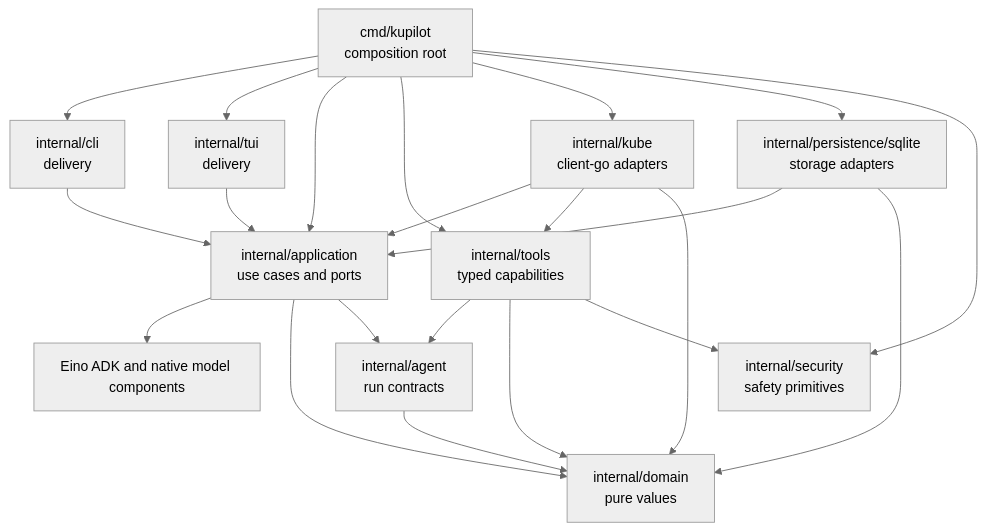
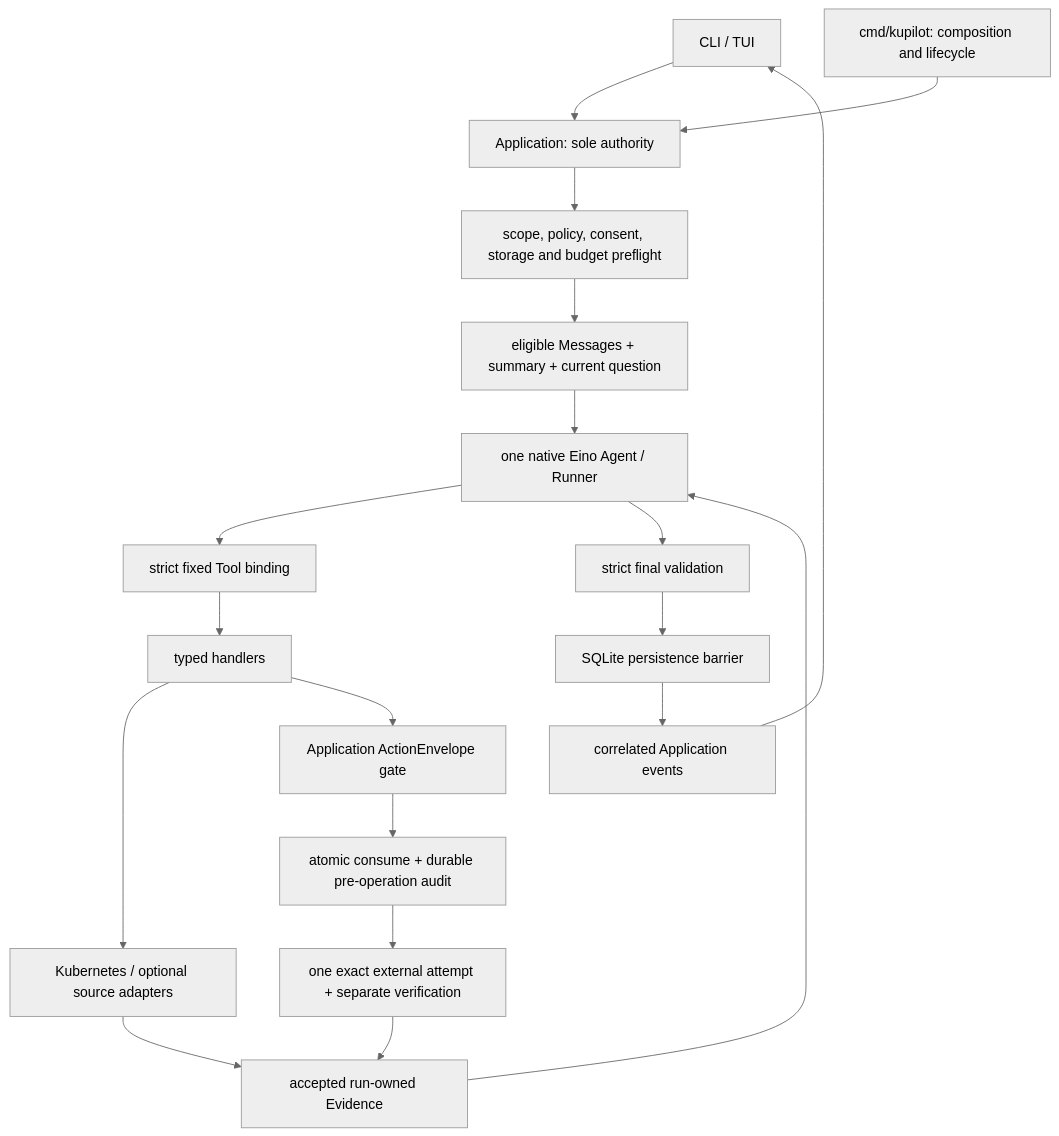
The diagram in docs/architecture.md (imbrooklyn/kupilot), drawn with Mermaid (neutral theme) before and after one commit. The commit also changed other lines of this file and 116 other files, not shown here.

````diff
--- a/docs/architecture.md
+++ b/docs/architecture.md
@@ -168,36 +35,21 @@
 ```mermaid
-flowchart TB
-    Root["cmd/kupilot\ncomposition root"]
-    CLI["internal/cli\ndelivery"]
-    TUI["internal/tui\ndelivery"]
-    App["internal/application\nuse cases and ports"]
-    Domain["internal/domain\npure values"]
-    Agent["internal/agent\nrun contracts"]
-    Eino["Eino ADK and native model components"]
-    Tools["internal/tools\ntyped capabilities"]
-    Kube["internal/kube\nclient-go adapters"]
-    SQLite["internal/persistence/sqlite\nstorage adapters"]
-    Security["internal/security\nsafety primitives"]
-
-    Root --> CLI
-    Root --> TUI
-    Root --> App
-    App --> Eino
-    Root --> Tools
-    Root --> Kube
-    Root --> SQLite
-    Root --> Security
-    CLI --> App
-    TUI --> App
-    App --> Domain
-    App --> Agent
-    Agent --> Domain
-    Tools --> Agent
-    Tools --> Domain
-    Tools --> Security
-    Kube --> App
-    Kube --> Tools
-    Kube --> Domain
-    SQLite --> App
-    SQLite --> Domain
+flowchart TD
+    CLI["CLI / TUI"] --> App["Application: sole authority"]
+    Root["cmd/kupilot: composition and lifecycle"] --> App
+    App --> Gate["scope, policy, consent, storage and budget preflight"]
+    Gate --> History["eligible Messages + summary + current question"]
+    History --> Eino["one native Eino Agent / Runner"]
+    Eino --> Bind["strict fixed Tool binding"]
+    Bind --> Tools["typed handlers"]
+    Tools --> Kube["Kubernetes / optional source adapters"]
+    Tools --> Action["Application ActionEnvelope gate"]
+    Action --> Audit["atomic consume + durable pre-operation audit"]
+    Audit --> Execute["one exact external attempt + separate verification"]
+    Kube --> Evidence["accepted run-owned Evidence"]
+    Execute --> Evidence
+    Evidence --> Eino
+    Eino --> Final["strict final validation"]
+    Final --> Store["SQLite persistence barrier"]
+    Store --> Events["correlated Application events"]
+    Events --> CLI
 ```
````
